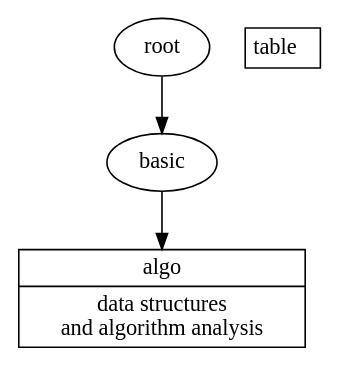
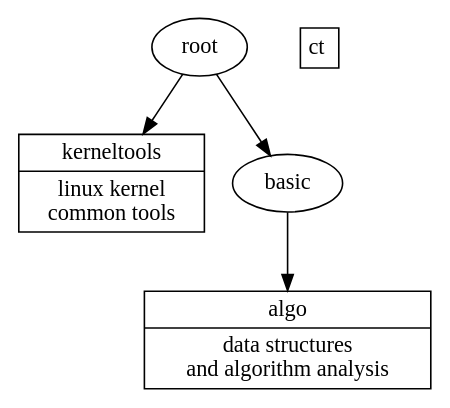
The diagram in tree.dot (cirline/ct), drawn with Graphviz before and after one commit. The commit also changed 3 other files, not shown here.

```diff
--- a/tree.dot
+++ b/tree.dot
@@ -1,38 +1,41 @@
 digraph RULE {
 
 	subgraph global_list {
 		node [color = gray, style = filled];
 		/* here list the global variable */
 	}
 
 	subgraph record {
 		node [shape = record];
 		/* here describe the data struct */
 		algo [label = "{algo|data structures \nand algorithm analysis}"];
+		kerneltools [label = "{kerneltools|linux kernel\ncommon tools}"];
 	};
 
 	subgraph table {
 		node [shape = none, margin = 0];
 		/* here describe the data struct */
 
 		_name [label = <<table border="0" cellborder="1" cellspacing="0" cellpadding="4">
-			<tr><td>table</td></tr>
+			<tr><td>ct</td></tr>
 			</table>>];
 	}
 
 	subgraph tip {
 		/* here list the long tip text */
 	}
 
 	subgraph point {
 		node [shape = point];
 		/* here describe dot connection */
 	}
 
 	/* here describe relation */
 
 	root -> basic;
 	
 	basic -> algo;
 
+	root -> kerneltools;
+
 }
```
